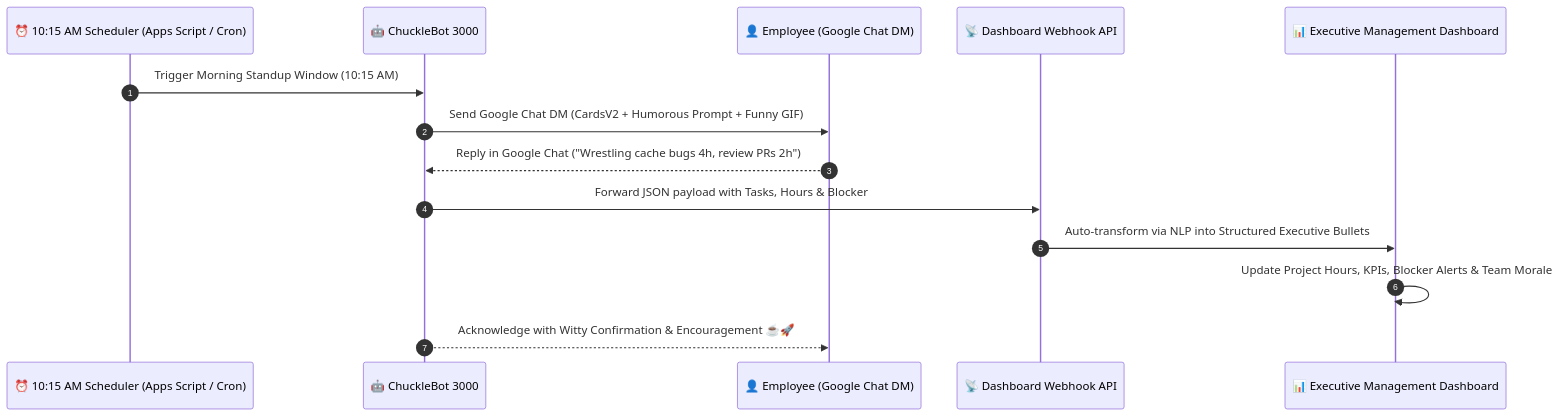
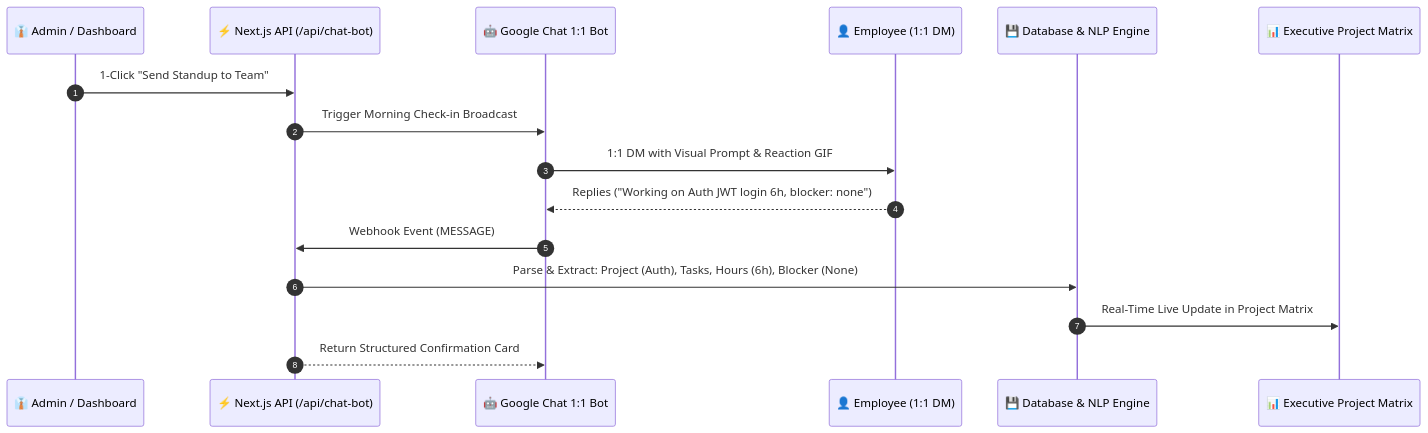
One commit to RudraSharma3/ChucklePulse changed the diagram in README.md. Above: the diagram before and after it, drawn with Mermaid. The commit also changed other lines of this file and 6 other files, not shown here.

Commit message:
chore(cleanup): remove redundant legacy integrations and finalize clean Next.js 14 architecture

````diff
--- a/README.md
+++ b/README.md
@@ -9,17 +9,19 @@
 ```mermaid
 sequenceDiagram
     autonumber
-    participant Scheduler as ⏰ 10:15 AM Scheduler (Apps Script / Cron)
-    participant Bot as 🤖 ChuckleBot 3000
-    participant Emp as 👤 Employee (Google Chat DM)
-    participant Webhook as 📡 Dashboard Webhook API
-    participant Dashboard as 📊 Executive Management Dashboard
+    participant Admin as 👔 Admin / Dashboard
+    participant API as ⚡ Next.js API (/api/chat-bot)
+    participant GChat as 🤖 Google Chat 1:1 Bot
+    participant Emp as 👤 Employee (1:1 DM)
+    participant DB as 💾 Database & NLP Engine
+    participant UI as 📊 Executive Project Matrix
 
-    Scheduler->>Bot: Trigger Morning Standup Window (10:15 AM)
-    Bot->>Emp: Send Google Chat DM (CardsV2 + Humorous Prompt + Funny GIF)
-    Emp-->>Bot: Reply in Google Chat ("Wrestling cache bugs 4h, review PRs 2h")
-    Bot->>Webhook: Forward JSON payload with Tasks, Hours & Blocker
-    Webhook->>Dashboard: Auto-transform via NLP into Structured Executive Bullets
-    Dashboard->>Dashboard: Update Project Hours, KPIs, Blocker Alerts & Team Morale
-    Bot-->>Emp: Acknowledge with Witty Confirmation & Encouragement ☕🚀
+    Admin->>API: 1-Click "Send Standup to Team"
+    API->>GChat: Trigger Morning Check-in Broadcast
+    GChat->>Emp: 1:1 DM with Visual Prompt & Reaction GIF
+    Emp-->>GChat: Replies ("Working on Auth JWT login 6h, blocker: none")
+    GChat->>API: Webhook Event (MESSAGE)
+    API->>DB: Parse & Extract: Project (Auth), Tasks, Hours (6h), Blocker (None)
+    DB->>UI: Real-Time Live Update in Project Matrix
+    API-->>GChat: Return Structured Confirmation Card
 ```
````
